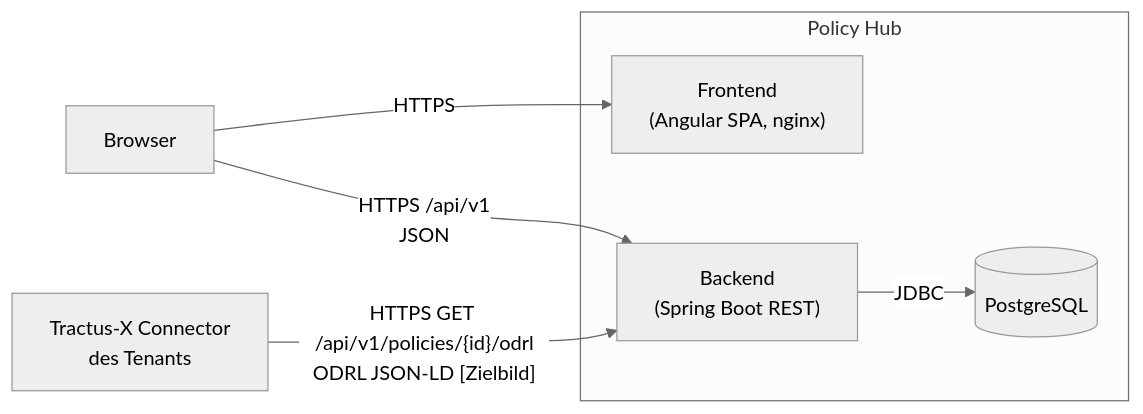
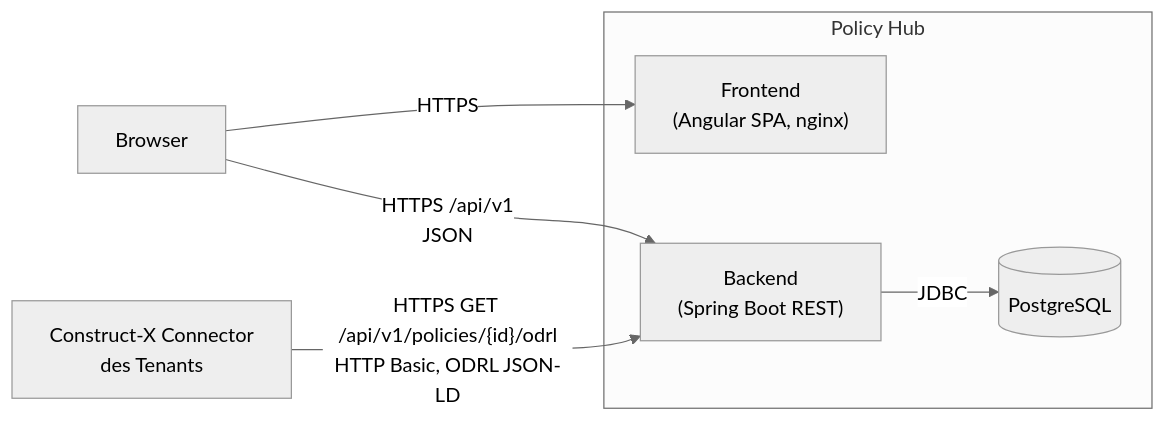
The second of 12 diagrams in docs/architecture/architecture.md (project-construct-x/policy-hub), drawn with Mermaid (neutral theme) before and after one commit. The commit also changed other lines of this file, not shown here.

````diff
--- a/docs/architecture/architecture.md
+++ b/docs/architecture/architecture.md
@@ -139,15 +139,15 @@
 ```mermaid
 flowchart LR
     browser["Browser"]
     subgraph hub["Policy Hub"]
         fe["Frontend<br/>(Angular SPA, nginx)"]
         be["Backend<br/>(Spring Boot REST)"]
         db[("PostgreSQL")]
     end
-    conn["Tractus-X Connector<br/>des Tenants"]
+    conn["Construct-X Connector<br/>des Tenants"]
 
     browser -- "HTTPS" --> fe
     browser -- "HTTPS /api/v1<br/>JSON" --> be
     be -- "JDBC" --> db
-    conn -- "HTTPS GET /api/v1/policies/{id}/odrl<br/>ODRL JSON-LD [Zielbild]" --> be
+    conn -- "HTTPS GET /api/v1/policies/{id}/odrl<br/>HTTP Basic, ODRL JSON-LD" --> be
 ```
````
